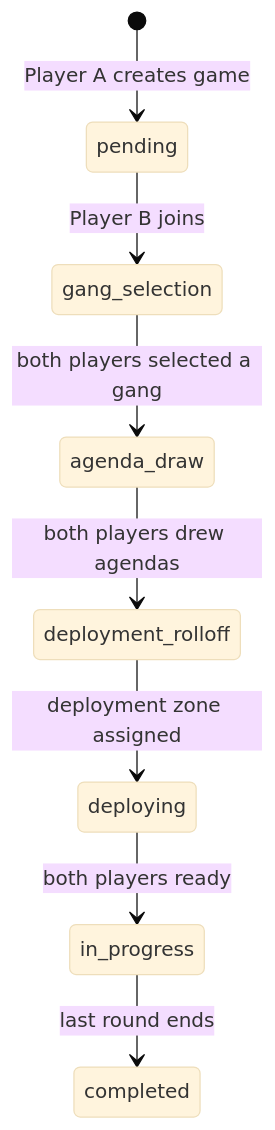
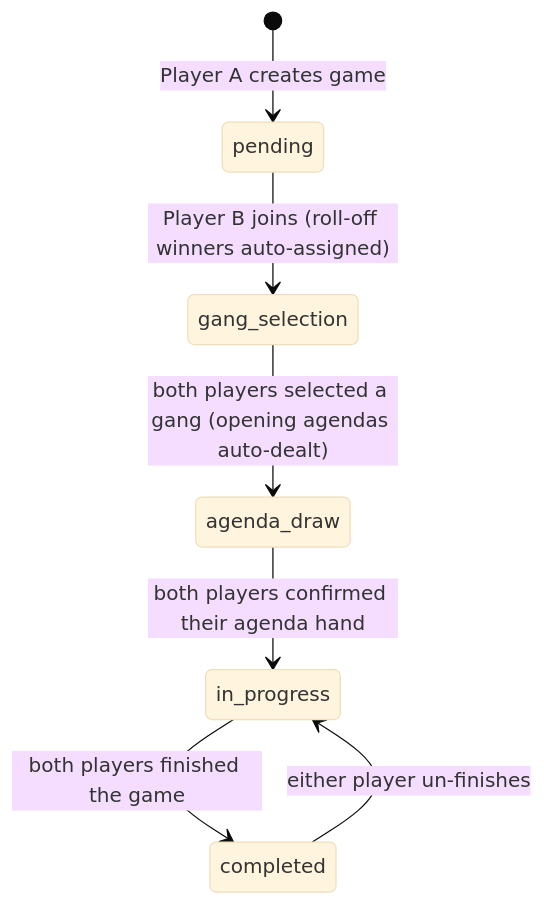
One commit to Anachrion/carnevale-backend changed the second of 2 diagrams in docs/GAME_SETUP_FLOW.md. Above: the diagram before and after it, drawn with Mermaid (base theme). The commit also changed other lines of this file, not shown here.

Commit message:
CARNEVALEB-44 Rewrite GAME_SETUP_FLOW.md to match the implemented flow

````diff
--- a/docs/GAME_SETUP_FLOW.md
+++ b/docs/GAME_SETUP_FLOW.md
@@ -179,10 +155,9 @@
 ```mermaid
 stateDiagram-v2
     [*] --> pending: Player A creates game
-    pending --> gang_selection: Player B joins
-    gang_selection --> agenda_draw: both players selected a gang
-    agenda_draw --> deployment_rolloff: both players drew agendas
-    deployment_rolloff --> deploying: deployment zone assigned
-    deploying --> in_progress: both players ready
-    in_progress --> completed: last round ends
+    pending --> gang_selection: Player B joins (roll-off winners auto-assigned)
+    gang_selection --> agenda_draw: both players selected a gang (opening agendas auto-dealt)
+    agenda_draw --> in_progress: both players confirmed their agenda hand
+    in_progress --> completed: both players finished the game
+    completed --> in_progress: either player un-finishes
 ```
````
